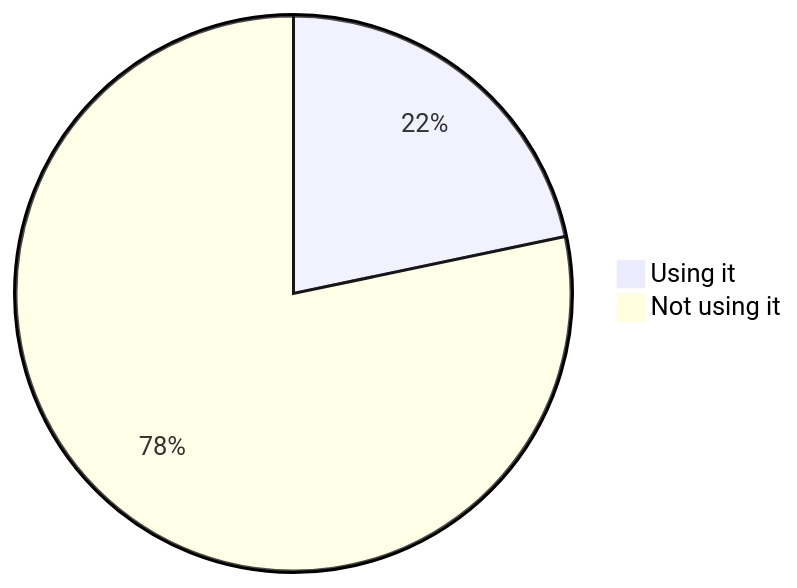
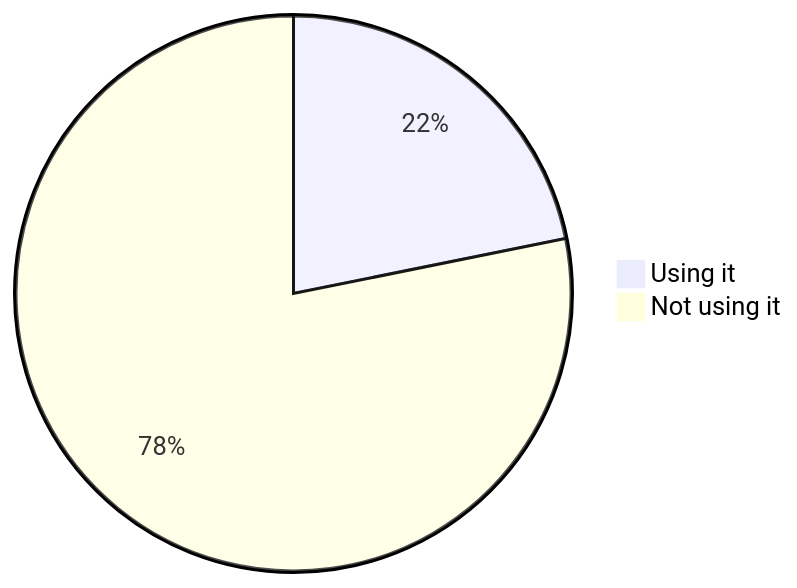
Before and after one commit to oshp/oshp-stats: diagram 18 of 22 in stats.md, drawn with Mermaid. The commit also changed other lines of this file, not shown here.

````diff
--- a/stats.md
+++ b/stats.md
@@ -214,6 +214,6 @@
 ```mermaid
 pie
-	"Using it" : 21.71
-	"Not using it" : 78.29
+	"Using it" : 21.82
+	"Not using it" : 78.18
 
 ```
````
